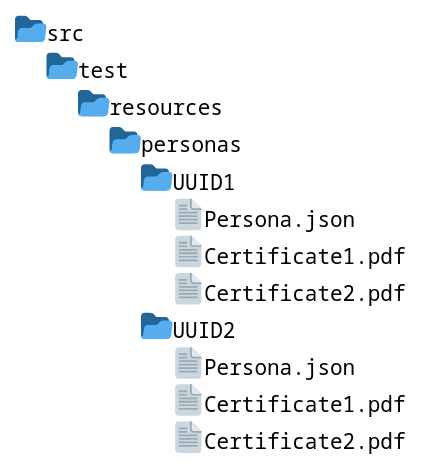
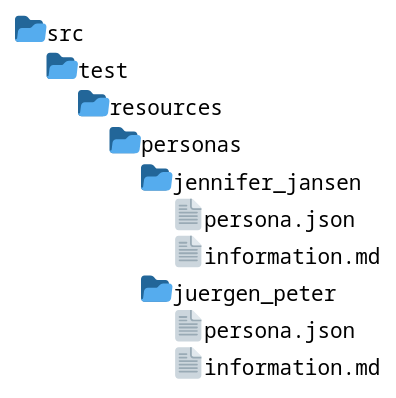
One commit to infoteam-Software-AG/profile-assist changed the diagram in src/main/docs/_includes/concept/persona-folder-structure.puml. Above: the diagram before and after it, drawn with PlantUML. The commit also changed 45 other files, not shown here.

```diff
--- a/src/main/docs/_includes/concept/persona-folder-structure.puml
+++ b/src/main/docs/_includes/concept/persona-folder-structure.puml
@@ -1,8 +1,6 @@
 @startfiles
-/src/test/resources/personas/UUID1/Persona.json
-/src/test/resources/personas/UUID1/Certificate1.pdf
-/src/test/resources/personas/UUID1/Certificate2.pdf
-/src/test/resources/personas/UUID2/Persona.json
-/src/test/resources/personas/UUID2/Certificate1.pdf
-/src/test/resources/personas/UUID2/Certificate2.pdf
+/src/test/resources/personas/jennifer_jansen/persona.json
+/src/test/resources/personas/jennifer_jansen/information.md
+/src/test/resources/personas/juergen_peter/persona.json
+/src/test/resources/personas/juergen_peter/information.md
 @endfiles
```
